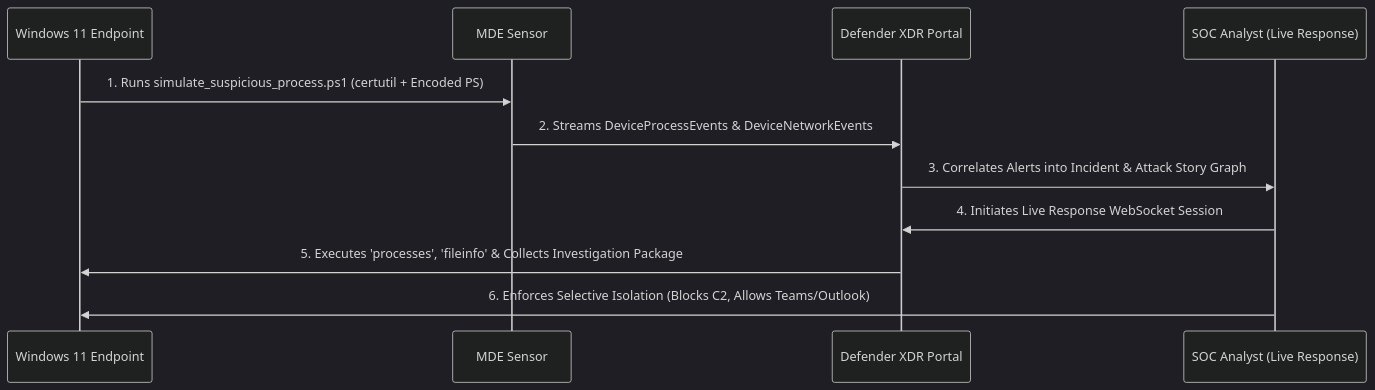
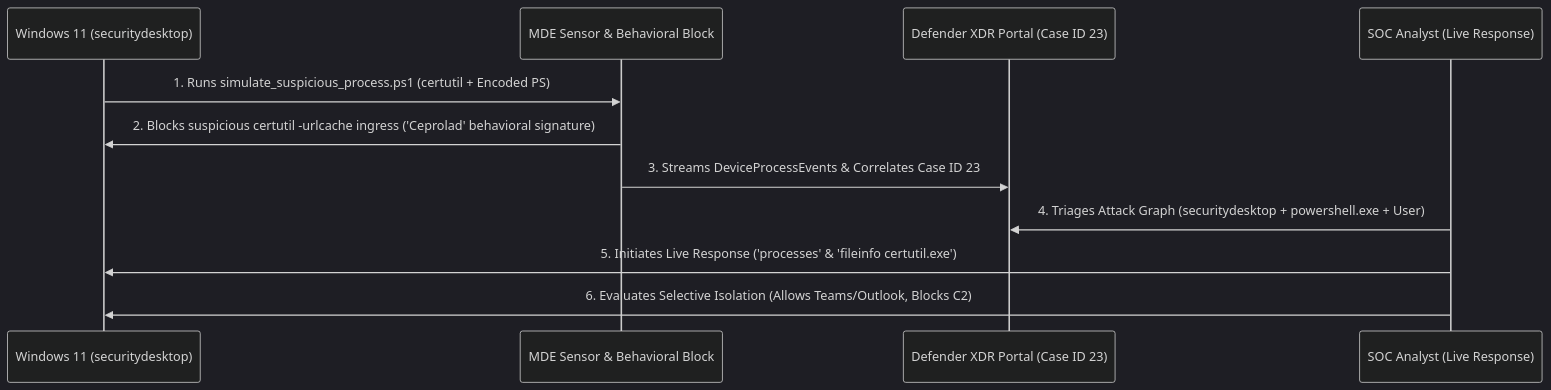
The diagram in case-studies/02_Incident_Triage_and_LiveResponse.md (mufticyberpro/microsoft-soc-xdr-sentinel-labs), drawn with Mermaid (dark theme) before and after one commit. The commit also changed other lines of this file and 2 other files, not shown here.

Commit message:
Update Case Study 02 with live Case ID 23 telemetry, both Live Response screenshots, and redacted session metadata

````diff
--- a/case-studies/02_Incident_Triage_and_LiveResponse.md
+++ b/case-studies/02_Incident_Triage_and_LiveResponse.md
@@ -26,14 +28,14 @@
 ```mermaid
 sequenceDiagram
-    participant Win11 as Windows 11 Endpoint
-    participant Sensor as MDE Sensor
-    participant XDR as Defender XDR Portal
+    participant Win11 as Windows 11 (securitydesktop)
+    participant Sensor as MDE Sensor & Behavioral Block
+    participant XDR as Defender XDR Portal (Case ID 23)
     participant SOC as SOC Analyst (Live Response)
 
     Win11->>Sensor: 1. Runs simulate_suspicious_process.ps1 (certutil + Encoded PS)
-    Sensor->>XDR: 2. Streams DeviceProcessEvents & DeviceNetworkEvents
-    XDR->>SOC: 3. Correlates Alerts into Incident & Attack Story Graph
-    SOC->>XDR: 4. Initiates Live Response WebSocket Session
-    XDR->>Win11: 5. Executes 'processes', 'fileinfo' & Collects Investigation Package
-    SOC->>Win11: 6. Enforces Selective Isolation (Blocks C2, Allows Teams/Outlook)
+    Sensor->>Win11: 2. Blocks suspicious certutil -urlcache ingress ('Ceprolad' behavioral signature)
+    Sensor->>XDR: 3. Streams DeviceProcessEvents & Correlates Case ID 23
+    SOC->>XDR: 4. Triages Attack Graph (securitydesktop + powershell.exe + User)
+    SOC->>Win11: 5. Initiates Live Response ('processes' & 'fileinfo certutil.exe')
+    SOC->>Win11: 6. Evaluates Selective Isolation (Allows Teams/Outlook, Blocks C2)
 ```
````
